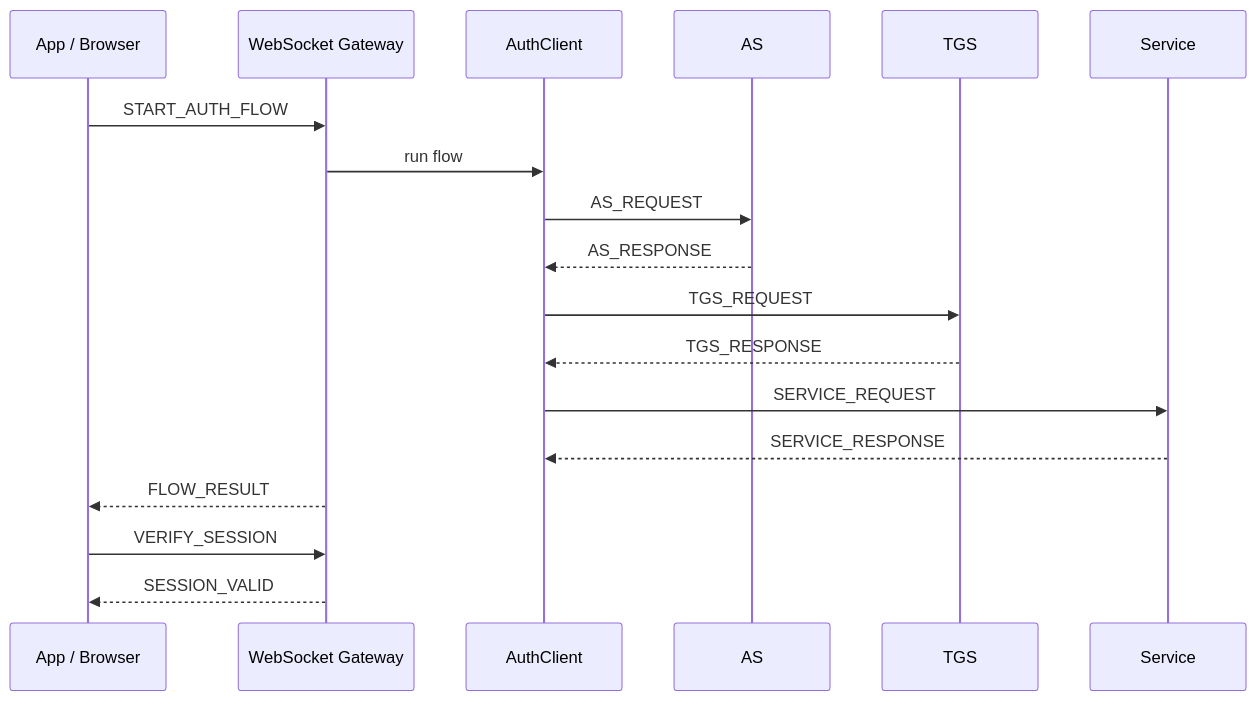
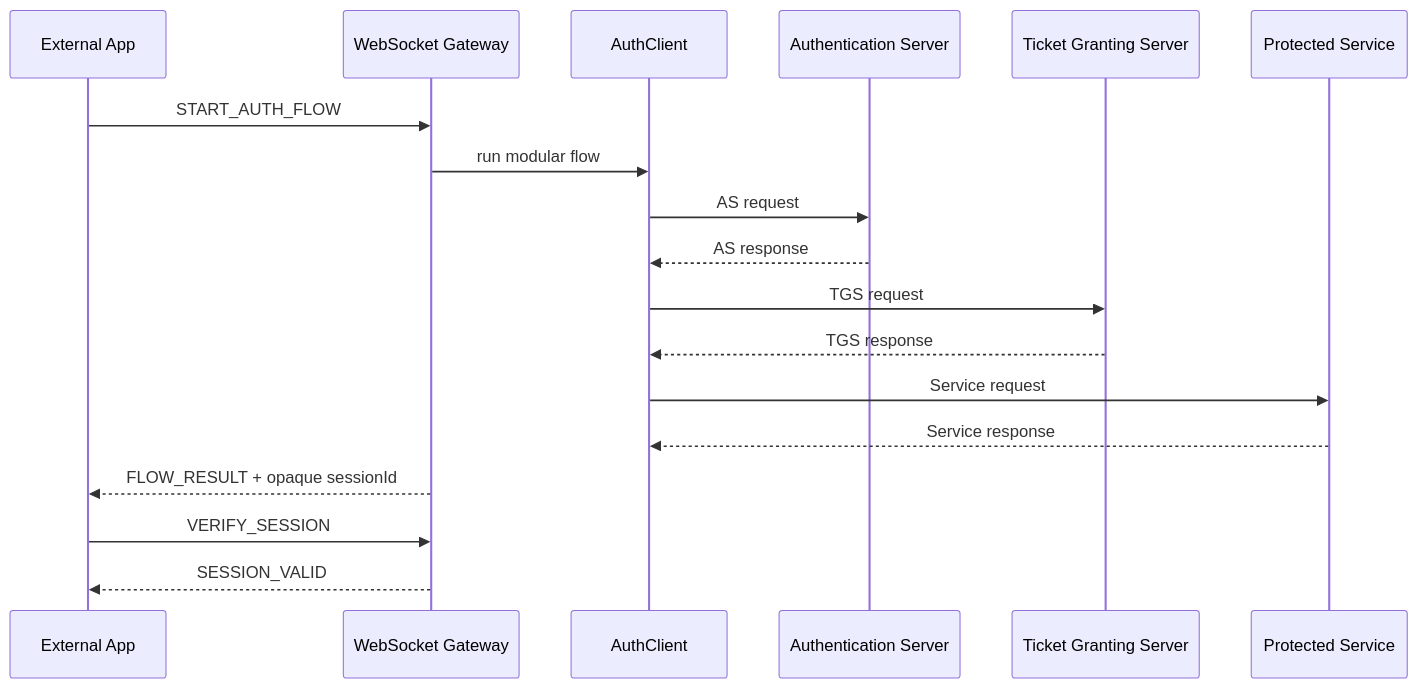
One commit to LiamSalazar/Kerberos changed the diagram in README.md. Above: the diagram before and after it, drawn with Mermaid. The commit also changed other lines of this file and 27 other files, not shown here.

````diff
--- a/README.md
+++ b/README.md
@@ -45,21 +85,21 @@
 ```mermaid
 sequenceDiagram
-    participant App as App / Browser
+    participant App as External App
     participant GW as WebSocket Gateway
     participant C as AuthClient
-    participant AS as AS
-    participant TGS as TGS
-    participant S as Service
+    participant AS as Authentication Server
+    participant TGS as Ticket Granting Server
+    participant S as Protected Service
 
     App->>GW: START_AUTH_FLOW
-    GW->>C: run flow
-    C->>AS: AS_REQUEST
-    AS-->>C: AS_RESPONSE
-    C->>TGS: TGS_REQUEST
-    TGS-->>C: TGS_RESPONSE
-    C->>S: SERVICE_REQUEST
-    S-->>C: SERVICE_RESPONSE
-    GW-->>App: FLOW_RESULT
+    GW->>C: run modular flow
+    C->>AS: AS request
+    AS-->>C: AS response
+    C->>TGS: TGS request
+    TGS-->>C: TGS response
+    C->>S: Service request
+    S-->>C: Service response
+    GW-->>App: FLOW_RESULT + opaque sessionId
     App->>GW: VERIFY_SESSION
     GW-->>App: SESSION_VALID
 ```
````
